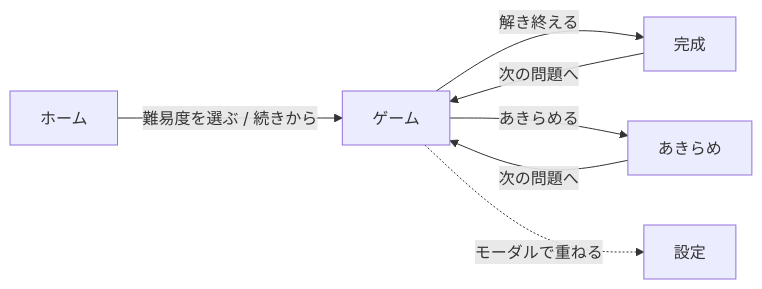
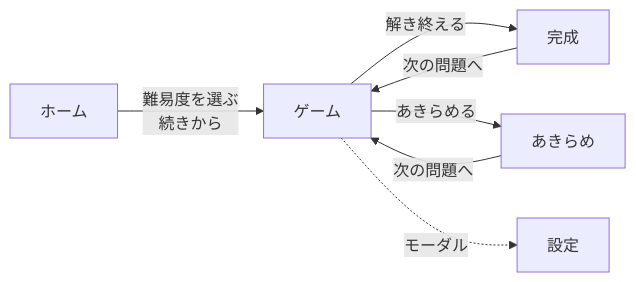
The diagram in docs/ui/screens-and-interactions.md (lost-chapter/sudoku-web), drawn with Mermaid before and after one commit. The commit also changed 1 other file, not shown here.

Commit message:
図の幅を 1280px で確かめる基準にし、画面遷移の図を収める
「縮まない」は測った窓の幅で変わる。1440px で測って等倍と報告したが、
1280px では 0.872 に縮んでいた。

- 規則: 確かめる幅は 1280px、図の幅の上限は 520px と決める
  (1280px の本文欄は約 555px)。超えたときの直し方を効く順に書く
- 画面遷移の図: 長いラベルを 2 行にして 641px から 520px へ

4 枚とも 1150 / 1260 / 1280 / 1440px で縮尺 1.00 を実測。

````diff
--- a/docs/ui/screens-and-interactions.md
+++ b/docs/ui/screens-and-interactions.md
@@ -20,9 +20,9 @@
 ```mermaid
 flowchart LR
-  home["ホーム"] -->|難易度を選ぶ / 続きから| game["ゲーム"]
+  home["ホーム"] -->|難易度を選ぶ<br/>続きから| game["ゲーム"]
   game -->|解き終える| done["完成"]
   game -->|あきらめる| give["あきらめ"]
   done -->|次の問題へ| game
   give -->|次の問題へ| game
-  game -.->|モーダルで重ねる| conf["設定"]
+  game -.->|モーダル| conf["設定"]
 ```
````
